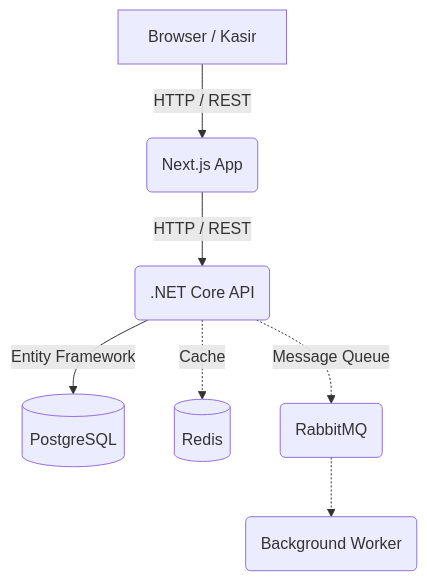
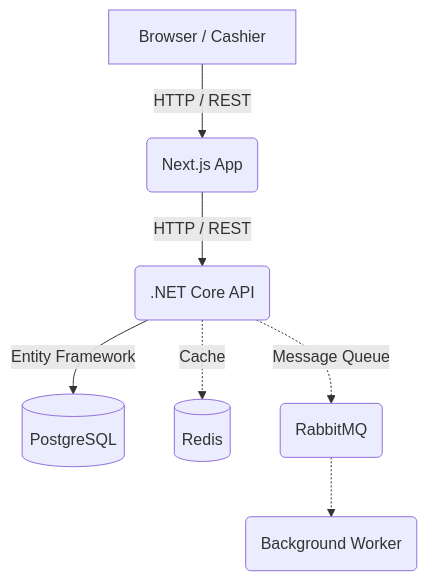
One commit to syakil/tresbros changed the diagram in README.md. Above: the diagram before and after it, drawn with Mermaid. The commit also changed other lines of this file and 1 other file, not shown here.

````diff
--- a/README.md
+++ b/README.md
@@ -18,9 +18,9 @@
 ```mermaid
 graph TD
-    Client[Browser / Kasir] -->|HTTP / REST| Frontend(Next.js App)
+    Client[Browser / Cashier] -->|HTTP / REST| Frontend(Next.js App)
     Frontend -->|HTTP / REST| Backend(.NET Core API)
     Backend -->|Entity Framework| DB[(PostgreSQL)]
     Backend -.->|Cache| Redis[(Redis)]
     Backend -.->|Message Queue| RabbitMQ(RabbitMQ)
     RabbitMQ -.-> Worker(Background Worker)
 ```
````
